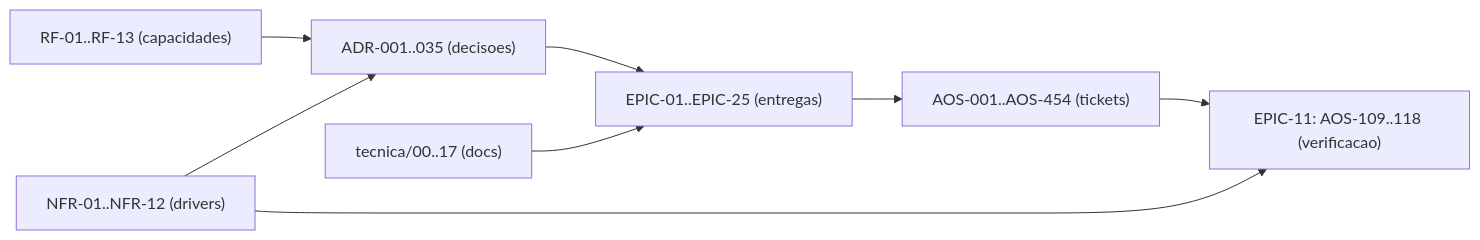
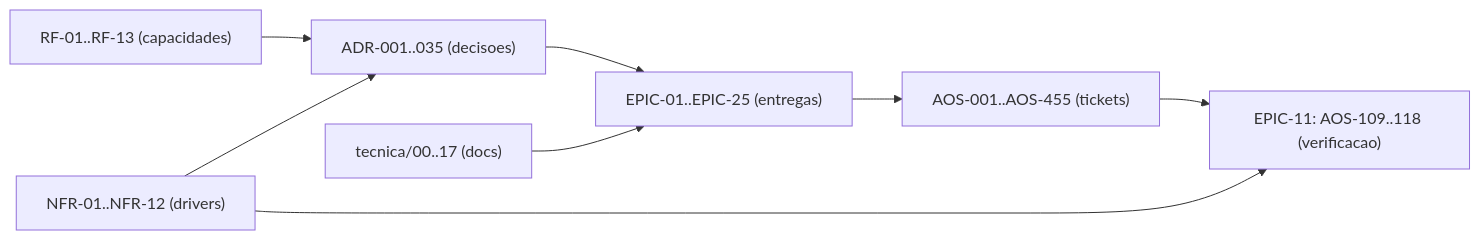
The diagram in tecnica/16_Rastreabilidade_RTM.md (albinoJimy/aos), drawn with Mermaid before and after one commit. The commit also changed other lines of this file and 1 other file, not shown here.

First line of the commit message:
docs(AOS-455): abre o ticket da janela residual do AOS-432 medida em tres vermelhos do gate nats

````diff
--- a/tecnica/16_Rastreabilidade_RTM.md
+++ b/tecnica/16_Rastreabilidade_RTM.md
@@ -199,10 +199,10 @@
 ```mermaid
 flowchart LR
     RF["RF-01..RF-13 (capacidades)"] --> ADR["ADR-001..035 (decisoes)"]
     NFR["NFR-01..NFR-12 (drivers)"] --> ADR
     ADR --> EPIC["EPIC-01..EPIC-25 (entregas)"]
-    EPIC --> TICK["AOS-001..AOS-454 (tickets)"]
+    EPIC --> TICK["AOS-001..AOS-455 (tickets)"]
     DOC["tecnica/00..17 (docs)"] --> EPIC
     TICK --> TEST["EPIC-11: AOS-109..118 (verificacao)"]
     NFR --> TEST
 ```
````
